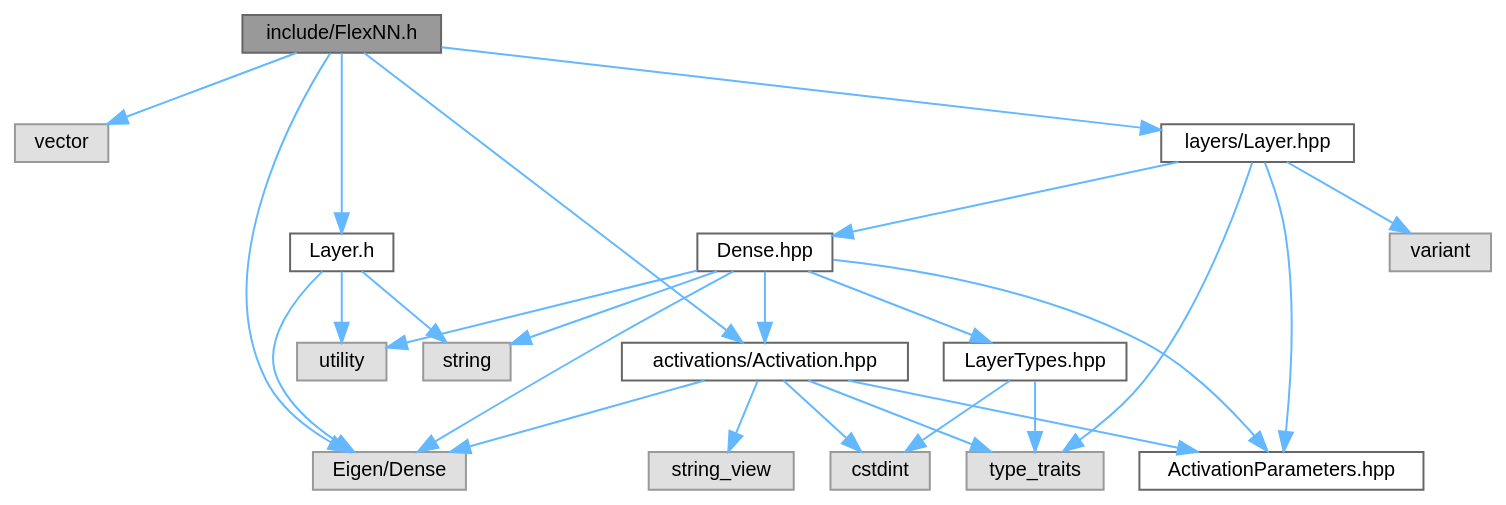
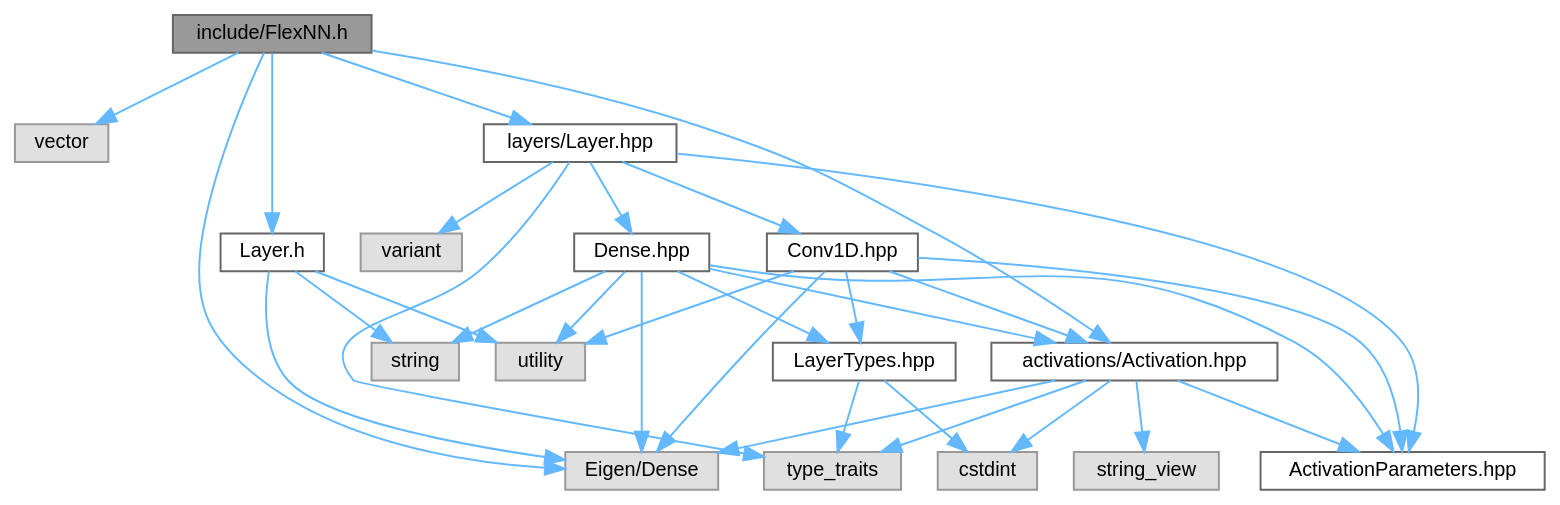
Before and after one commit to Nalin-Angrish/FlexNN: the diagram in FlexNN_8h__incl.dot, drawn with Graphviz. The commit also changed 99 other files, not shown here.

```diff
--- a/FlexNN_8h__incl.dot
+++ b/FlexNN_8h__incl.dot
@@ -1,47 +1,54 @@
 digraph "include/FlexNN.h"
 {
  // LATEX_PDF_SIZE
   bgcolor="transparent";
   edge [fontname=Helvetica,fontsize=10,labelfontname=Helvetica,labelfontsize=10];
   node [fontname=Helvetica,fontsize=10,shape=box,height=0.2,width=0.4];
   Node1 [id="Node000001",label="include/FlexNN.h",height=0.2,width=0.4,color="gray40", fillcolor="grey60", style="filled", fontcolor="black",tooltip="Header for FlexNN neural network (heterogeneous stack via Layers::Layer)."];
   Node1 -> Node2 [id="edge1_Node000001_Node000002",color="steelblue1",style="solid",tooltip=" "];
   Node2 [id="Node000002",label="vector",height=0.2,width=0.4,color="grey60", fillcolor="#E0E0E0", style="filled",tooltip=" "];
   Node1 -> Node3 [id="edge2_Node000001_Node000003",color="steelblue1",style="solid",tooltip=" "];
   Node3 [id="Node000003",label="Eigen/Dense",height=0.2,width=0.4,color="grey60", fillcolor="#E0E0E0", style="filled",tooltip=" "];
   Node1 -> Node4 [id="edge3_Node000001_Node000004",color="steelblue1",style="solid",tooltip=" "];
   Node4 [id="Node000004",label="activations/Activation.hpp",height=0.2,width=0.4,color="grey40", fillcolor="white", style="filled",URL="$Activation_8hpp.html",tooltip="Public activation enum and helpers for FlexNN."];
   Node4 -> Node5 [id="edge4_Node000004_Node000005",color="steelblue1",style="solid",tooltip=" "];
   Node5 [id="Node000005",label="cstdint",height=0.2,width=0.4,color="grey60", fillcolor="#E0E0E0", style="filled",tooltip=" "];
   Node4 -> Node6 [id="edge5_Node000004_Node000006",color="steelblue1",style="solid",tooltip=" "];
   Node6 [id="Node000006",label="string_view",height=0.2,width=0.4,color="grey60", fillcolor="#E0E0E0", style="filled",tooltip=" "];
   Node4 -> Node7 [id="edge6_Node000004_Node000007",color="steelblue1",style="solid",tooltip=" "];
   Node7 [id="Node000007",label="type_traits",height=0.2,width=0.4,color="grey60", fillcolor="#E0E0E0", style="filled",tooltip=" "];
   Node4 -> Node3 [id="edge7_Node000004_Node000003",color="steelblue1",style="solid",tooltip=" "];
   Node4 -> Node8 [id="edge8_Node000004_Node000008",color="steelblue1",style="solid",tooltip=" "];
   Node8 [id="Node000008",label="ActivationParameters.hpp",height=0.2,width=0.4,color="grey40", fillcolor="white", style="filled",URL="$ActivationParameters_8hpp.html",tooltip="Per-activation hyperparameters for FlexNN::Activations."];
   Node1 -> Node9 [id="edge9_Node000001_Node000009",color="steelblue1",style="solid",tooltip=" "];
   Node9 [id="Node000009",label="layers/Layer.hpp",height=0.2,width=0.4,color="grey40", fillcolor="white", style="filled",URL="$Layer_8hpp.html",tooltip="Type-erased wrapper for FlexNN::Layers — heterogeneous stack without inheritance."];
   Node9 -> Node7 [id="edge10_Node000009_Node000007",color="steelblue1",style="solid",tooltip=" "];
   Node9 -> Node10 [id="edge11_Node000009_Node000010",color="steelblue1",style="solid",tooltip=" "];
   Node10 [id="Node000010",label="variant",height=0.2,width=0.4,color="grey60", fillcolor="#E0E0E0", style="filled",tooltip=" "];
   Node9 -> Node11 [id="edge12_Node000009_Node000011",color="steelblue1",style="solid",tooltip=" "];
   Node11 [id="Node000011",label="Dense.hpp",height=0.2,width=0.4,color="grey40", fillcolor="white", style="filled",URL="$Dense_8hpp.html",tooltip="Dense (fully-connected) layer for FlexNN::Layers."];
   Node11 -> Node12 [id="edge13_Node000011_Node000012",color="steelblue1",style="solid",tooltip=" "];
   Node12 [id="Node000012",label="string",height=0.2,width=0.4,color="grey60", fillcolor="#E0E0E0", style="filled",tooltip=" "];
   Node11 -> Node13 [id="edge14_Node000011_Node000013",color="steelblue1",style="solid",tooltip=" "];
   Node13 [id="Node000013",label="utility",height=0.2,width=0.4,color="grey60", fillcolor="#E0E0E0", style="filled",tooltip=" "];
   Node11 -> Node3 [id="edge15_Node000011_Node000003",color="steelblue1",style="solid",tooltip=" "];
   Node11 -> Node14 [id="edge16_Node000011_Node000014",color="steelblue1",style="solid",tooltip=" "];
   Node14 [id="Node000014",label="LayerTypes.hpp",height=0.2,width=0.4,color="grey40", fillcolor="white", style="filled",URL="$LayerTypes_8hpp.html",tooltip="Shared PODs for FlexNN::Layers — LayerType, DType, and per-type Params."];
   Node14 -> Node5 [id="edge17_Node000014_Node000005",color="steelblue1",style="solid",tooltip=" "];
   Node14 -> Node7 [id="edge18_Node000014_Node000007",color="steelblue1",style="solid",tooltip=" "];
   Node11 -> Node4 [id="edge19_Node000011_Node000004",color="steelblue1",style="solid",tooltip=" "];
   Node11 -> Node8 [id="edge20_Node000011_Node000008",color="steelblue1",style="solid",tooltip=" "];
-  Node9 -> Node8 [id="edge21_Node000009_Node000008",color="steelblue1",style="solid",tooltip=" "];
-  Node1 -> Node15 [id="edge22_Node000001_Node000015",color="steelblue1",style="solid",tooltip=" "];
-  Node15 [id="Node000015",label="Layer.h",height=0.2,width=0.4,color="grey40", fillcolor="white", style="filled",URL="$Layer_8h.html",tooltip="Header file for the Layer class in the FlexNN neural network library."];
-  Node15 -> Node12 [id="edge23_Node000015_Node000012",color="steelblue1",style="solid",tooltip=" "];
-  Node15 -> Node13 [id="edge24_Node000015_Node000013",color="steelblue1",style="solid",tooltip=" "];
-  Node15 -> Node3 [id="edge25_Node000015_Node000003",color="steelblue1",style="solid",tooltip=" "];
+  Node9 -> Node15 [id="edge21_Node000009_Node000015",color="steelblue1",style="solid",tooltip=" "];
+  Node15 [id="Node000015",label="Conv1D.hpp",height=0.2,width=0.4,color="grey40", fillcolor="white", style="filled",URL="$Conv1D_8hpp.html",tooltip="1D temporal convolution for FlexNN::Layers."];
+  Node15 -> Node13 [id="edge22_Node000015_Node000013",color="steelblue1",style="solid",tooltip=" "];
+  Node15 -> Node3 [id="edge23_Node000015_Node000003",color="steelblue1",style="solid",tooltip=" "];
+  Node15 -> Node14 [id="edge24_Node000015_Node000014",color="steelblue1",style="solid",tooltip=" "];
+  Node15 -> Node4 [id="edge25_Node000015_Node000004",color="steelblue1",style="solid",tooltip=" "];
+  Node15 -> Node8 [id="edge26_Node000015_Node000008",color="steelblue1",style="solid",tooltip=" "];
+  Node9 -> Node8 [id="edge27_Node000009_Node000008",color="steelblue1",style="solid",tooltip=" "];
+  Node1 -> Node16 [id="edge28_Node000001_Node000016",color="steelblue1",style="solid",tooltip=" "];
+  Node16 [id="Node000016",label="Layer.h",height=0.2,width=0.4,color="grey40", fillcolor="white", style="filled",URL="$Layer_8h.html",tooltip="Header file for the Layer class in the FlexNN neural network library."];
+  Node16 -> Node12 [id="edge29_Node000016_Node000012",color="steelblue1",style="solid",tooltip=" "];
+  Node16 -> Node13 [id="edge30_Node000016_Node000013",color="steelblue1",style="solid",tooltip=" "];
+  Node16 -> Node3 [id="edge31_Node000016_Node000003",color="steelblue1",style="solid",tooltip=" "];
 }
```
